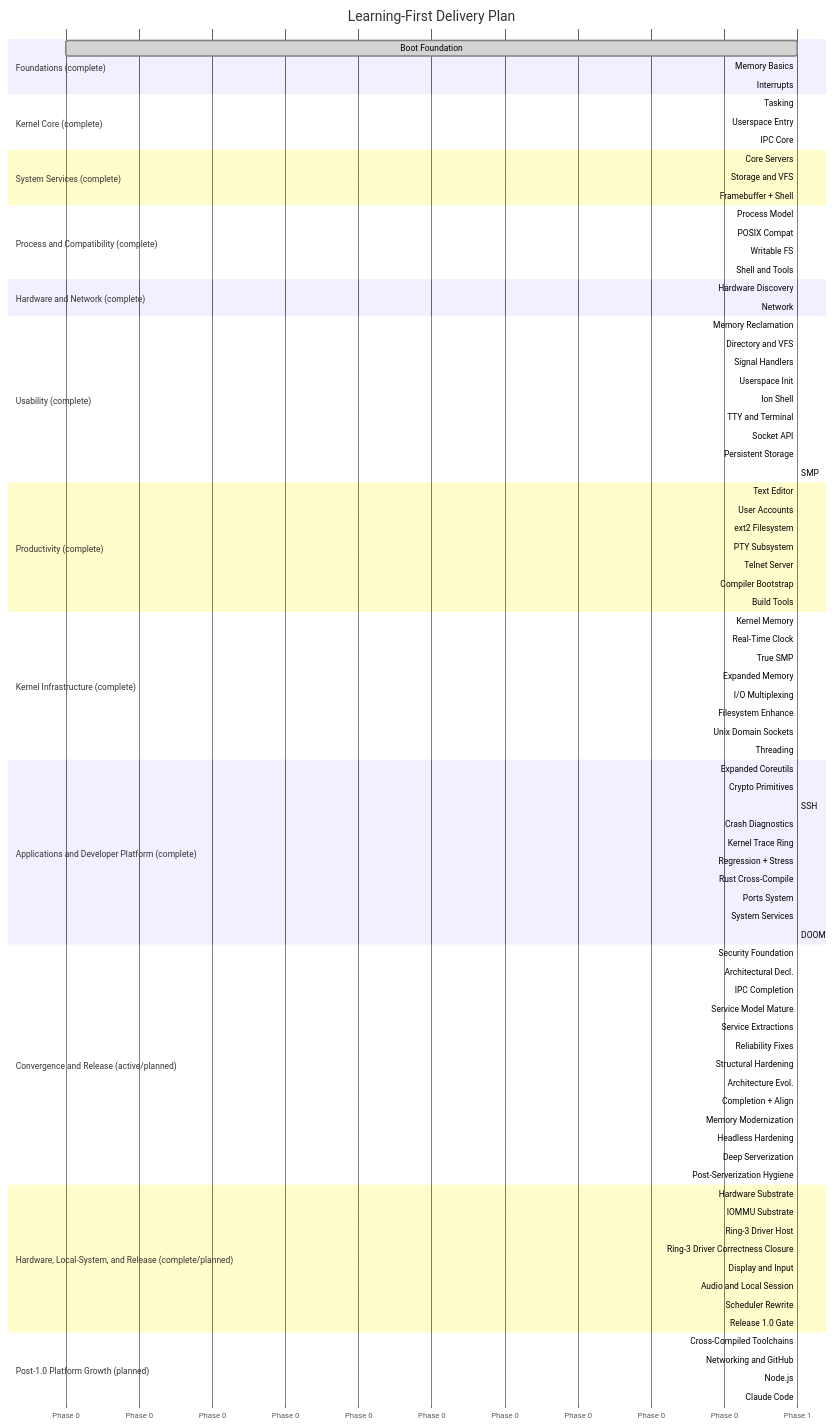
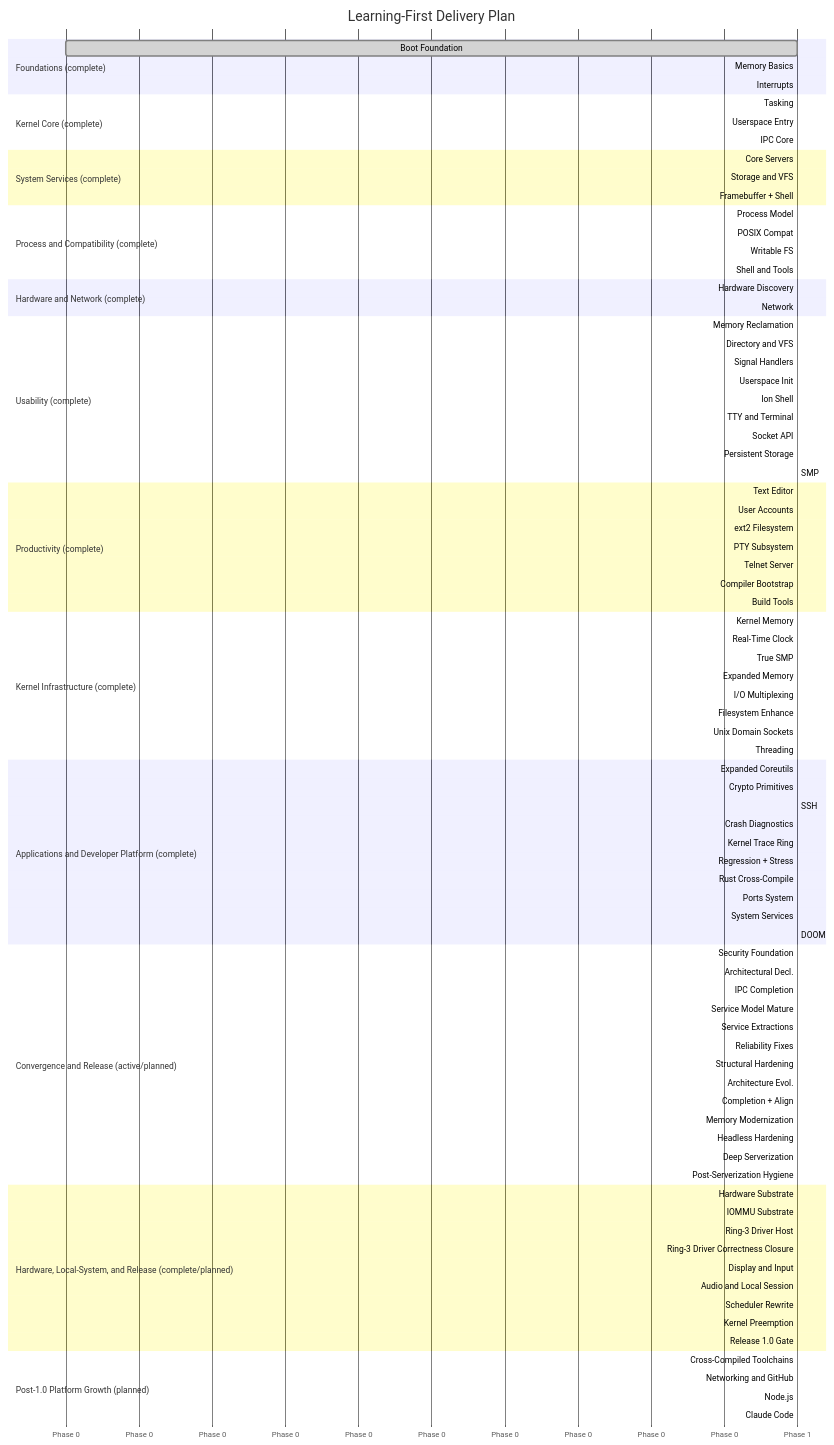
Before and after one commit to mikecubed/m3OS: the second of 2 diagrams in docs/roadmap/README.md, drawn with Mermaid. The commit also changed other lines of this file and 3 other files, not shown here.

First line of the commit message:
docs(57a): wrap-up — honest user-hardware status + Phase 57b roadmap link

```diff
--- a/docs/roadmap/README.md
+++ b/docs/roadmap/README.md
@@ -409,6 +412,7 @@
     Display and Input       :p56, after p55b, 1
     Audio and Local Session :p57, after p56, 1
     Scheduler Rewrite       :done, p57a, after p57, 1
+    Kernel Preemption       :p57b, after p57a, 1
     Release 1.0 Gate        :p58, after p55c, 1
 
     section Post-1.0 Platform Growth (planned)
```
